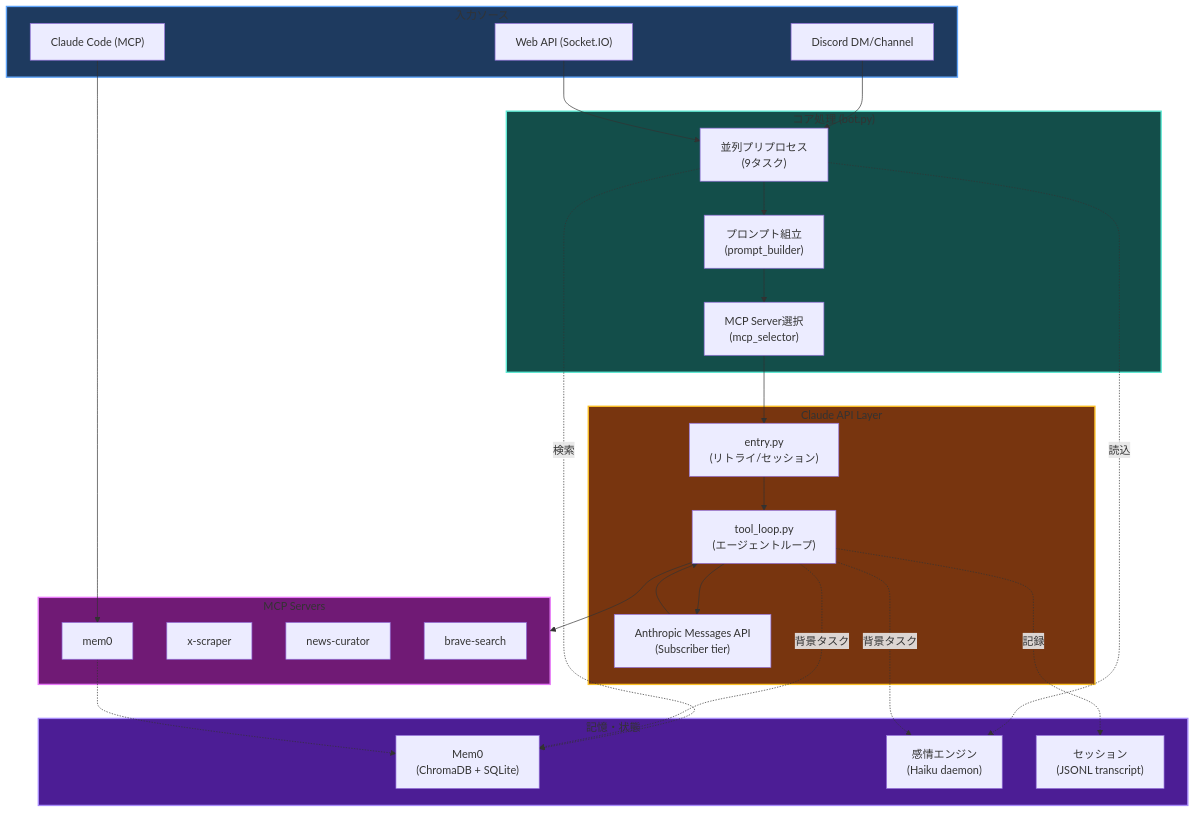
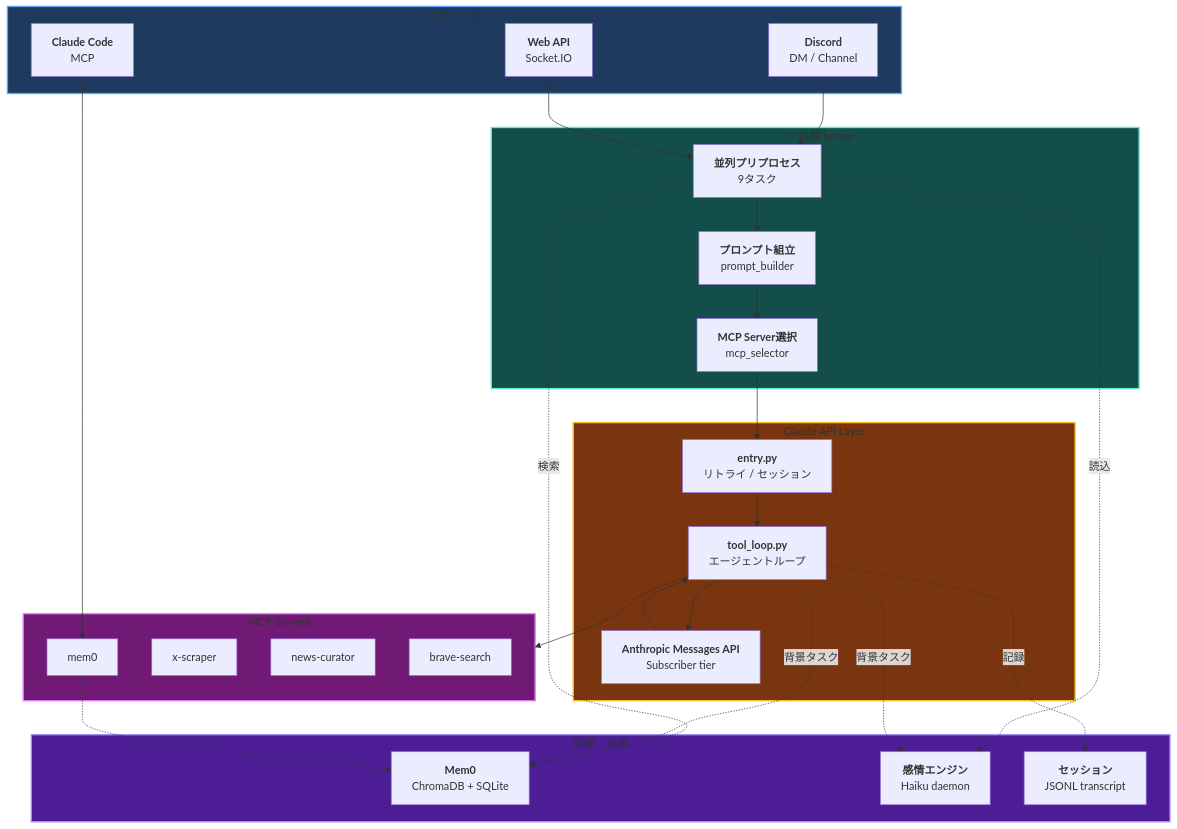
Before and after one commit to haroin57/haroin57.com: the first of 6 diagrams in content/products/discord-bot.md, drawn with Mermaid. The commit also changed other lines of this file, not shown here.

First line of the commit message:
fix: Mermaid図の改行修正・Markdown装飾・見出し短縮

````diff
--- a/content/products/discord-bot.md
+++ b/content/products/discord-bot.md
@@ -496,57 +496,69 @@
 ```mermaid
 flowchart TB
     subgraph Input["入力ソース"]
-        Discord["Discord DM/Channel"]
-        WebAPI["Web API (Socket.IO)"]
-        VSCode["Claude Code (MCP)"]
+        Discord["`**Discord**
+        DM / Channel`"]
+        WebAPI["`**Web API**
+        Socket.IO`"]
+        VSCode["`**Claude Code**
+        MCP`"]
     end
 
-    subgraph Core["コア処理 (bot.py)"]
-        Preprocess["並列プリプロセス\n(9タスク)"]
-        PromptBuilder["プロンプト組立\n(prompt_builder)"]
-        MCPSelector["MCP Server選択\n(mcp_selector)"]
+    subgraph Core["コア処理 bot.py"]
+        Preprocess["`**並列プリプロセス**
+        9タスク`"]
+        PromptBuilder["`**プロンプト組立**
+        prompt_builder`"]
+        MCPSelector["`**MCP Server選択**
+        mcp_selector`"]
     end
 
     subgraph API["Claude API Layer"]
-        Entry["entry.py\n(リトライ/セッション)"]
-        ToolLoop["tool_loop.py\n(エージェントループ)"]
-        Anthropic["Anthropic Messages API\n(Subscriber tier)"]
+        Entry["`**entry.py**
+        リトライ / セッション`"]
+        ToolLoop["`**tool_loop.py**
+        エージェントループ`"]
+        Anthropic["`**Anthropic Messages API**
+        Subscriber tier`"]
     end
 
     subgraph Memory["記憶・状態"]
-        Mem0["Mem0\n(ChromaDB + SQLite)"]
-        Emotion["感情エンジン\n(Haiku daemon)"]
-        Session["セッション\n(JSONL transcript)"]
+        Mem0["`**Mem0**
+        ChromaDB + SQLite`"]
+        Emotion["`**感情エンジン**
+        Haiku daemon`"]
+        Session["`**セッション**
+        JSONL transcript`"]
     end
 
     subgraph MCP["MCP Servers"]
         MCPMem0["mem0"]
         MCPXScraper["x-scraper"]
         MCPNews["news-curator"]
         MCPBrave["brave-search"]
     end
 
     Discord --> Preprocess
     WebAPI --> Preprocess
     VSCode --> MCPMem0
     Preprocess --> PromptBuilder
     PromptBuilder --> MCPSelector
     MCPSelector --> Entry
     Entry --> ToolLoop
     ToolLoop --> Anthropic
     ToolLoop --> MCP
     Anthropic --> ToolLoop
 
     Preprocess -.->|検索| Mem0
     Preprocess -.->|読込| Emotion
     ToolLoop -.->|背景タスク| Mem0
     ToolLoop -.->|背景タスク| Emotion
     ToolLoop -.->|記録| Session
     MCPMem0 -.-> Mem0
 
     style Input fill:#1e3a5f,stroke:#60a5fa,stroke-width:2px
     style Core fill:#134e4a,stroke:#5eead4,stroke-width:2px
     style API fill:#78350f,stroke:#fbbf24,stroke-width:2px
     style Memory fill:#4c1d95,stroke:#a78bfa,stroke-width:2px
     style MCP fill:#701a75,stroke:#e879f9,stroke-width:2px
 ```
````
